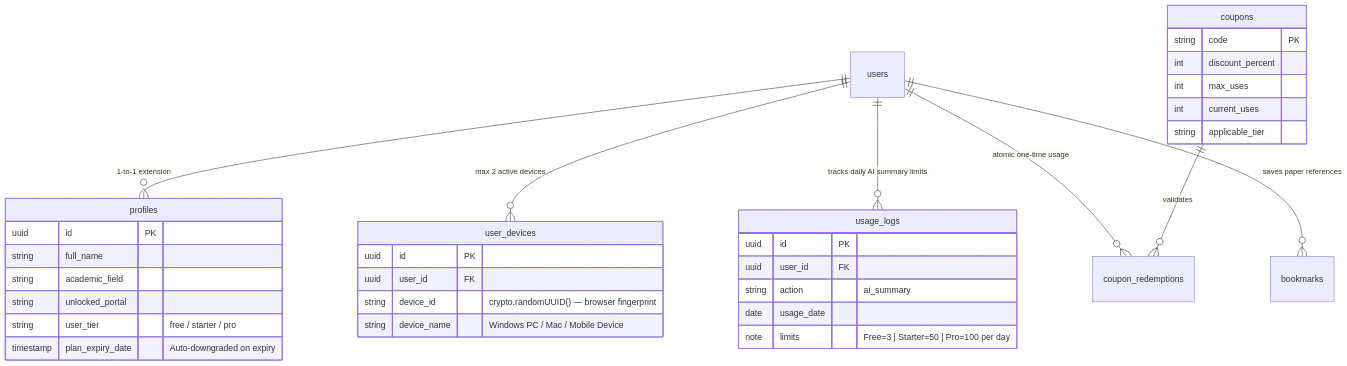
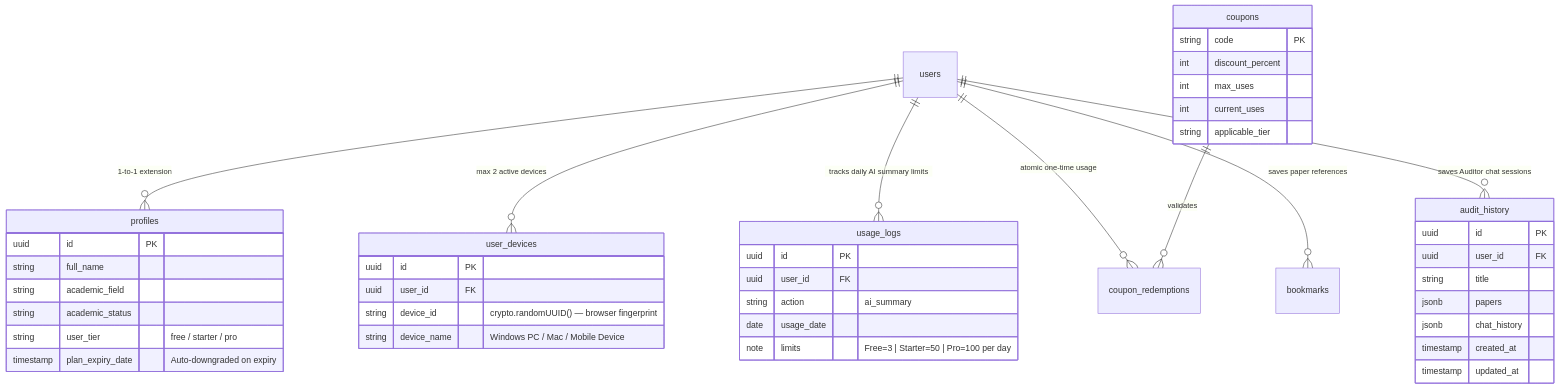
One commit to CodeWithPritom/ScholarHub-frontend changed the tenth of 11 diagrams in SYSTEM_ARCHITECTURE_DEEP_DIVE.md. Above: the diagram before and after it, drawn with Mermaid. The commit also changed other lines of this file and 101 other files, not shown here.

````diff
--- a/SYSTEM_ARCHITECTURE_DEEP_DIVE.md
+++ b/SYSTEM_ARCHITECTURE_DEEP_DIVE.md
@@ -453,41 +463,52 @@
 ```mermaid
 erDiagram
     users ||--o{ profiles : "1-to-1 extension"
     users ||--o{ user_devices : "max 2 active devices"
     users ||--o{ usage_logs : "tracks daily AI summary limits"
     users ||--o{ coupon_redemptions : "atomic one-time usage"
     users ||--o{ bookmarks : "saves paper references"
+    users ||--o{ audit_history : "saves Auditor chat sessions"
 
     profiles {
         uuid id PK
         string full_name
         string academic_field
-        string unlocked_portal
+        string academic_status
         string user_tier "free / starter / pro"
         timestamp plan_expiry_date "Auto-downgraded on expiry"
     }
 
     usage_logs {
         uuid id PK
         uuid user_id FK
         string action "ai_summary"
         date usage_date
         note limits "Free=3 | Starter=50 | Pro=100 per day"
     }
 
     user_devices {
         uuid id PK
         uuid user_id FK
         string device_id "crypto.randomUUID() — browser fingerprint"
         string device_name "Windows PC / Mac / Mobile Device"
     }
 
+    audit_history {
+        uuid id PK
+        uuid user_id FK
+        string title
+        jsonb papers
+        jsonb chat_history
+        timestamp created_at
+        timestamp updated_at
+    }
+
     coupons ||--o{ coupon_redemptions : "validates"
     coupons {
         string code PK
         int discount_percent
         int max_uses
         int current_uses
         string applicable_tier
     }
 ```
````
